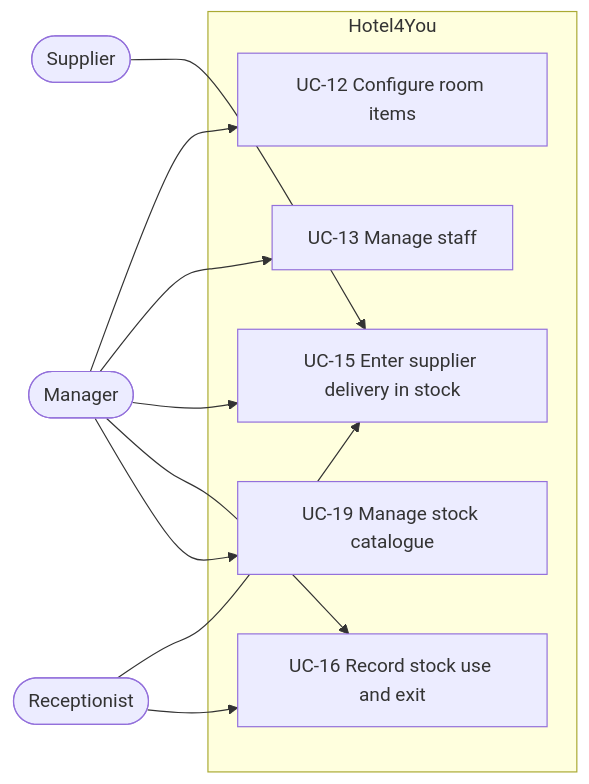
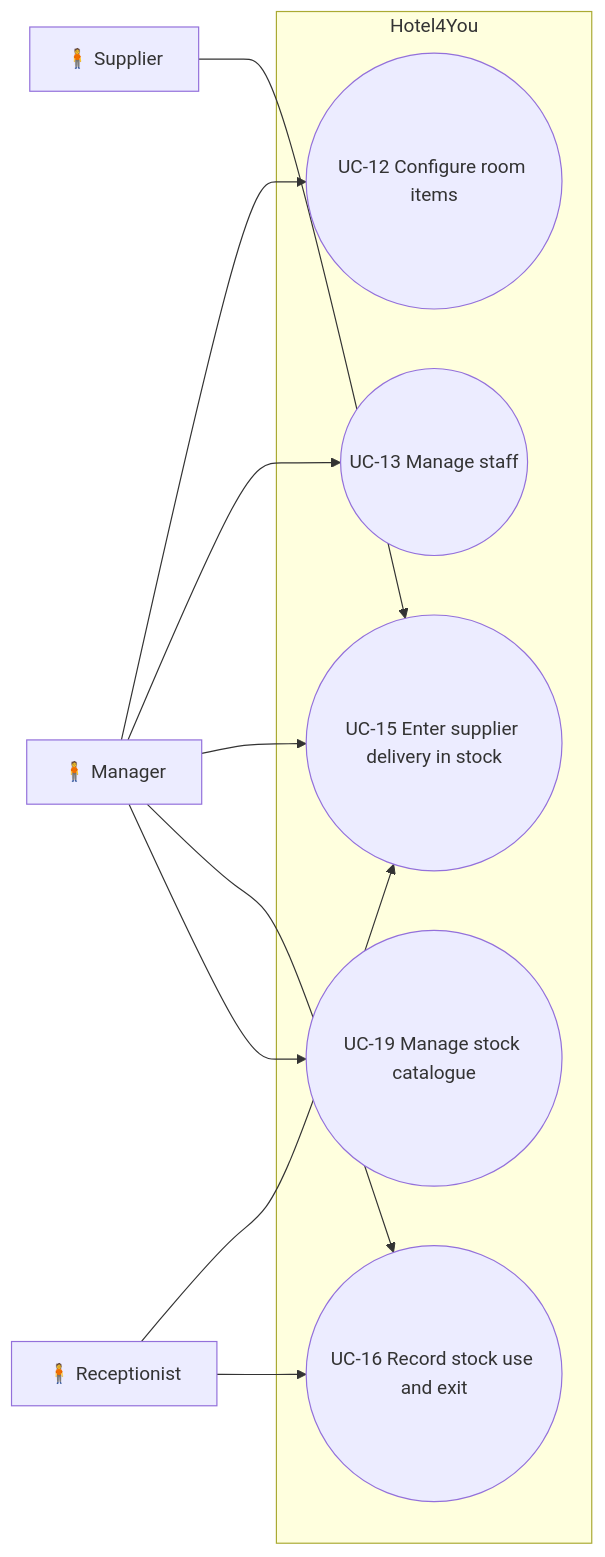
Before and after one commit to BorjaTiago/hotel4you: the third of 3 diagrams in docs/uml/use-cases.md, drawn with Mermaid. The commit also changed other lines of this file and 1 other file, not shown here.

````diff
--- a/docs/uml/use-cases.md
+++ b/docs/uml/use-cases.md
@@ -70,24 +70,24 @@
 ```mermaid
 flowchart LR
   %% Requirements: RF-01, RF-08, RF-24, RF-25, RF-26, RF-28, RF-29.
-  Receptionist([Receptionist])
-  Manager([Manager])
-  Supplier([Supplier])
+  Receptionist["🧍 Receptionist"]
+  Manager["🧍 Manager"]
+  Supplier["🧍 Supplier"]
 
   subgraph Hotel4You[Hotel4You]
-    UC12[UC-12 Configure room items]
-    UC13[UC-13 Manage staff]
-    UC15[UC-15 Enter supplier delivery in stock]
-    UC16[UC-16 Record stock use and exit]
-    UC19[UC-19 Manage stock catalogue]
+    UC12(("UC-12 Configure room items"))
+    UC13(("UC-13 Manage staff"))
+    UC15(("UC-15 Enter supplier delivery in stock"))
+    UC16(("UC-16 Record stock use and exit"))
+    UC19(("UC-19 Manage stock catalogue"))
   end
 
   Manager --> UC12
   Manager --> UC13
   Supplier --> UC15
   Receptionist --> UC15
   Manager --> UC15
   Receptionist --> UC16
   Manager --> UC16
   Manager --> UC19
 ```
````
